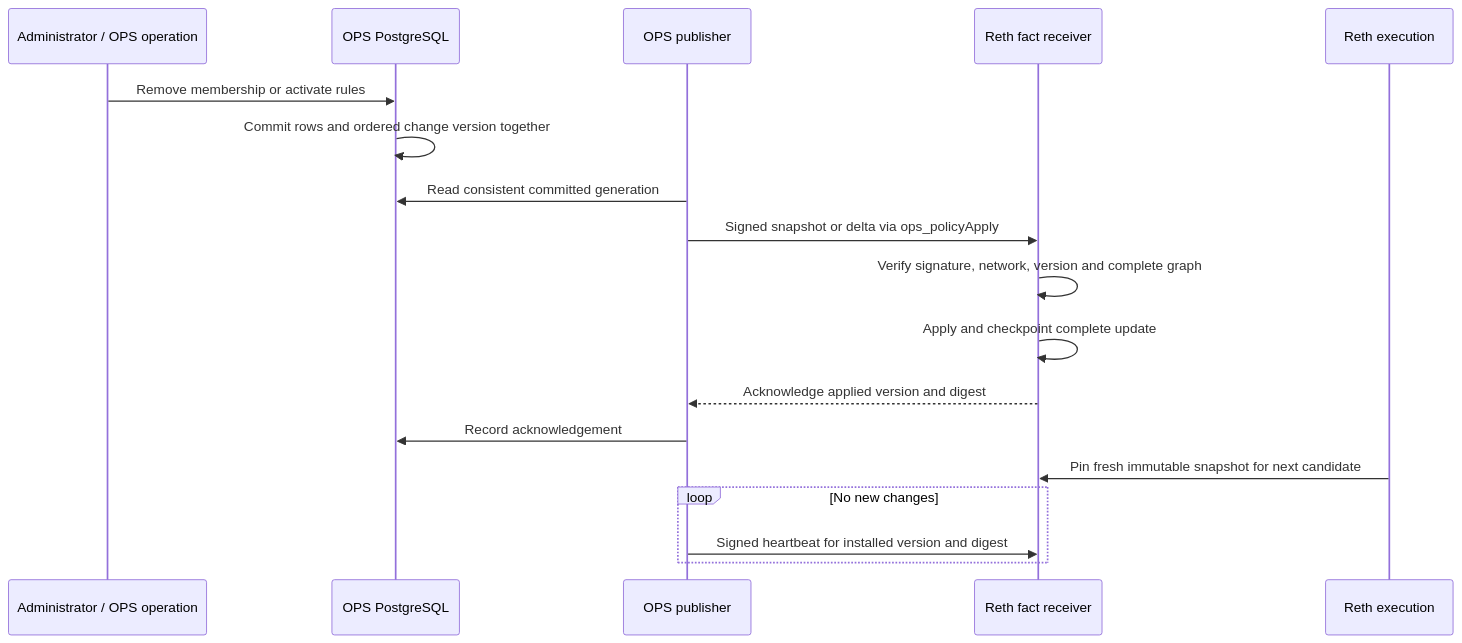
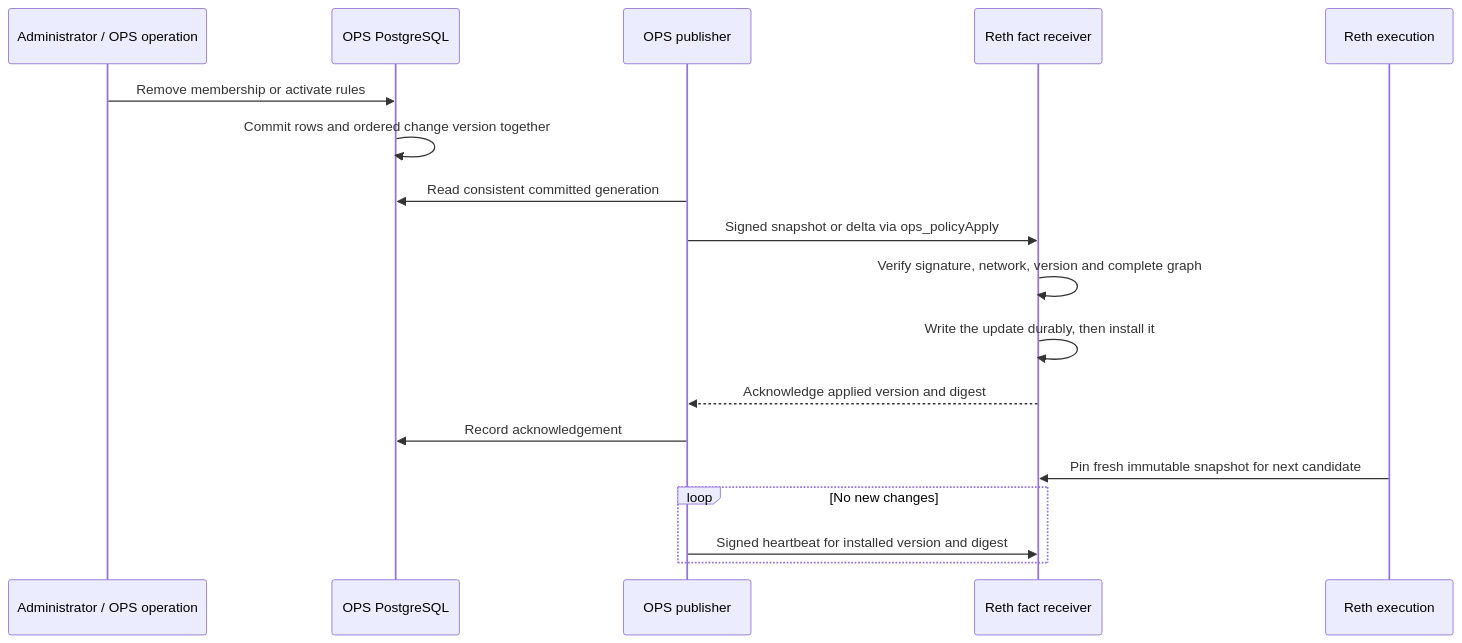
One commit to LFDT-Permissioned-Privacy-Control/permissioned-privacy-control changed the second of 6 diagrams in docs/architecture/reth-execution-flow.md. Above: the diagram before and after it, drawn with Mermaid. The commit also changed other lines of this file and 11 other files, not shown here.

````diff
--- a/docs/architecture/reth-execution-flow.md
+++ b/docs/architecture/reth-execution-flow.md
@@ -121,20 +121,20 @@
 ```mermaid
 sequenceDiagram
     participant Admin as Administrator / OPS operation
     participant DB as OPS PostgreSQL
     participant Pub as OPS publisher
     participant Node as Reth fact receiver
     participant Exec as Reth execution
     Admin->>DB: Remove membership or activate rules
     DB->>DB: Commit rows and ordered change version together
     Pub->>DB: Read consistent committed generation
     Pub->>Node: Signed snapshot or delta via ops_policyApply
     Node->>Node: Verify signature, network, version and complete graph
-    Node->>Node: Apply and checkpoint complete update
+    Node->>Node: Write the update durably, then install it
     Node-->>Pub: Acknowledge applied version and digest
     Pub->>DB: Record acknowledgement
     Exec->>Node: Pin fresh immutable snapshot for next candidate
     loop No new changes
         Pub->>Node: Signed heartbeat for installed version and digest
     end
 ```
````
